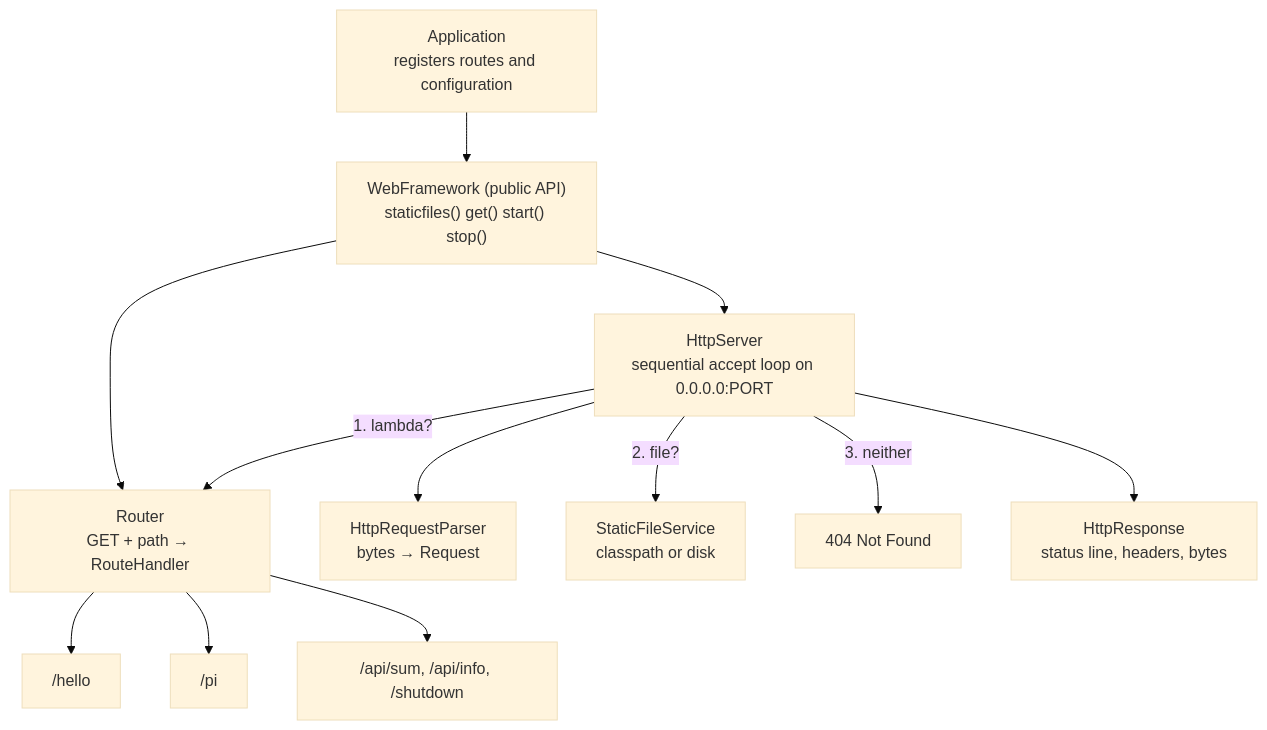
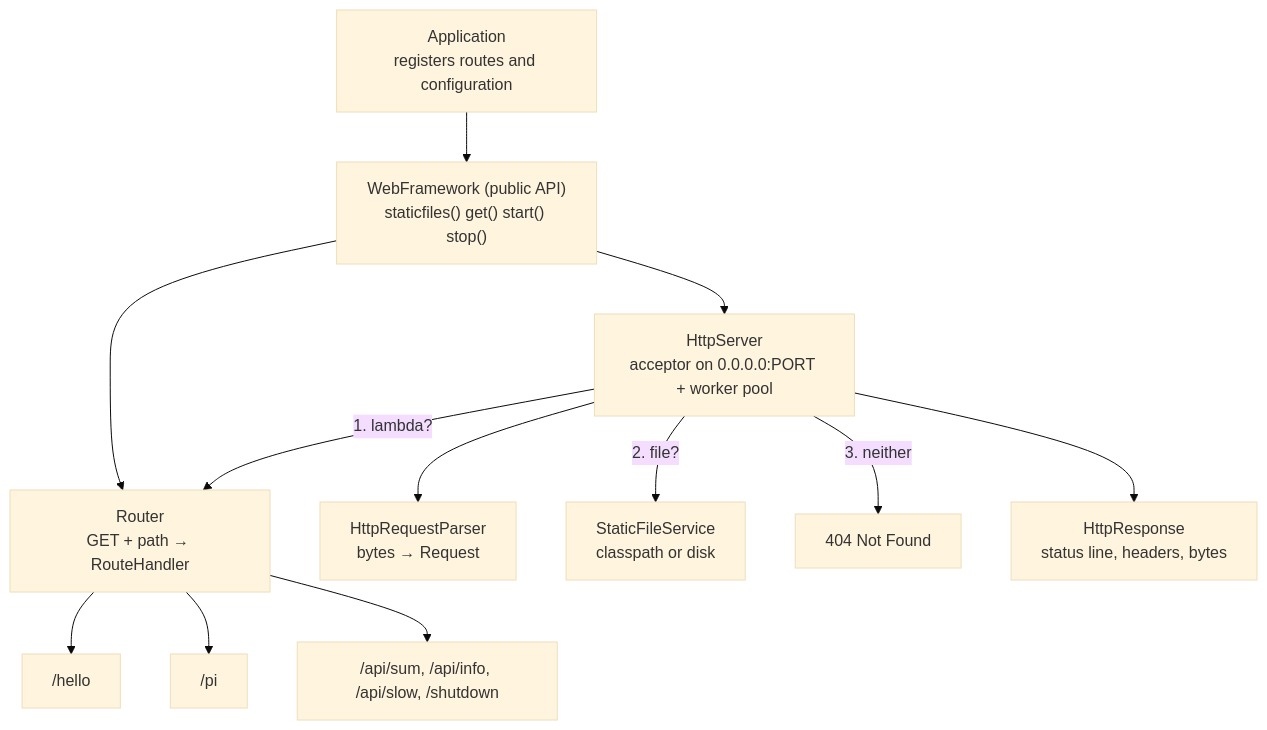
One commit to Cruz-Juan-r/AREP-Lambda-WebFramework-2 changed the second of 2 diagrams in README.md. Above: the diagram before and after it, drawn with Mermaid (base theme). The commit also changed other lines of this file and 2 other files, not shown here.

First line of the commit message:
Document the concurrency and graceful shutdown extension

````diff
--- a/README.md
+++ b/README.md
@@ -59,14 +138,14 @@
 ```mermaid
 flowchart TD
     APP["Application<br/>registers routes and configuration"] --> API
     API["WebFramework (public API)<br/>staticfiles() get() start() stop()"] --> SERVER
     API --> ROUTER
-    SERVER["HttpServer<br/>sequential accept loop on 0.0.0.0:PORT"] --> PARSER["HttpRequestParser<br/>bytes → Request"]
+    SERVER["HttpServer<br/>acceptor on 0.0.0.0:PORT + worker pool"] --> PARSER["HttpRequestParser<br/>bytes → Request"]
     SERVER -->|"1. lambda?"| ROUTER["Router<br/>GET + path → RouteHandler"]
     ROUTER --> H1["/hello"]
     ROUTER --> H2["/pi"]
-    ROUTER --> H3["/api/sum, /api/info, /shutdown"]
+    ROUTER --> H3["/api/sum, /api/info, /api/slow, /shutdown"]
     SERVER -->|"2. file?"| STATIC["StaticFileService<br/>classpath or disk"]
     SERVER -->|"3. neither"| NF["404 Not Found"]
     SERVER --> RESP["HttpResponse<br/>status line, headers, bytes"]
 ```
````
